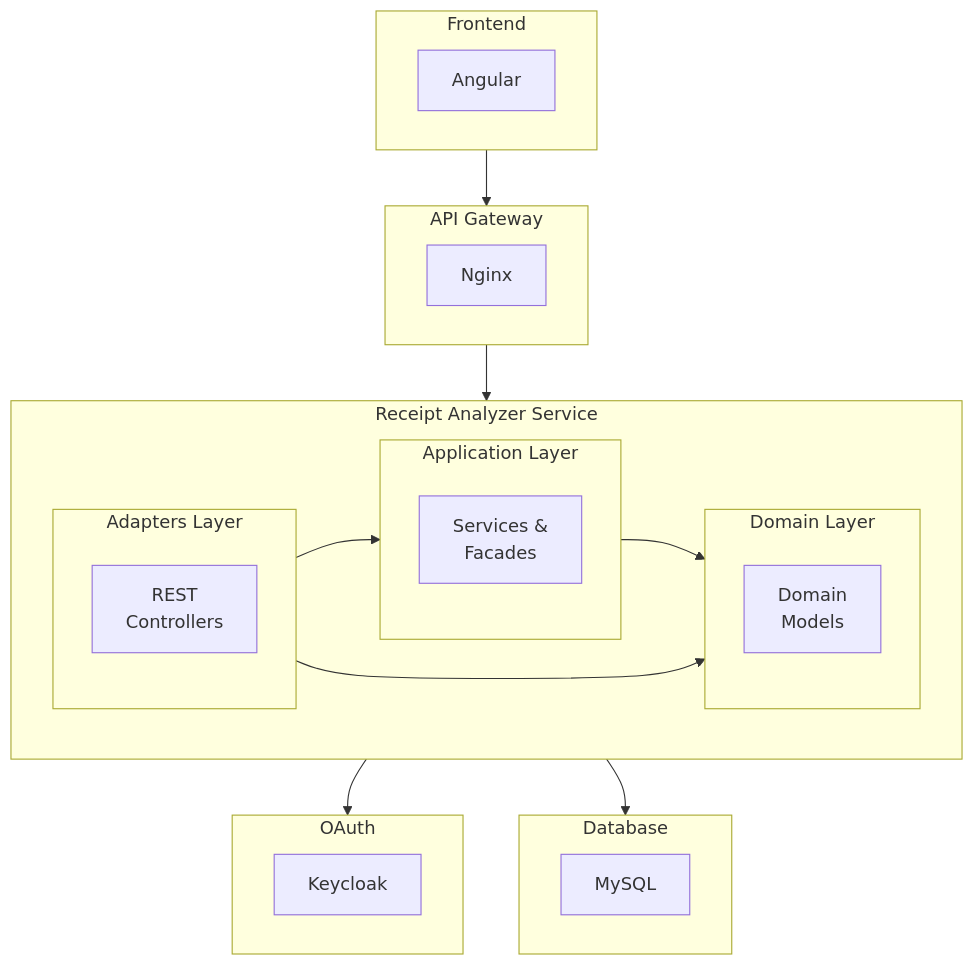
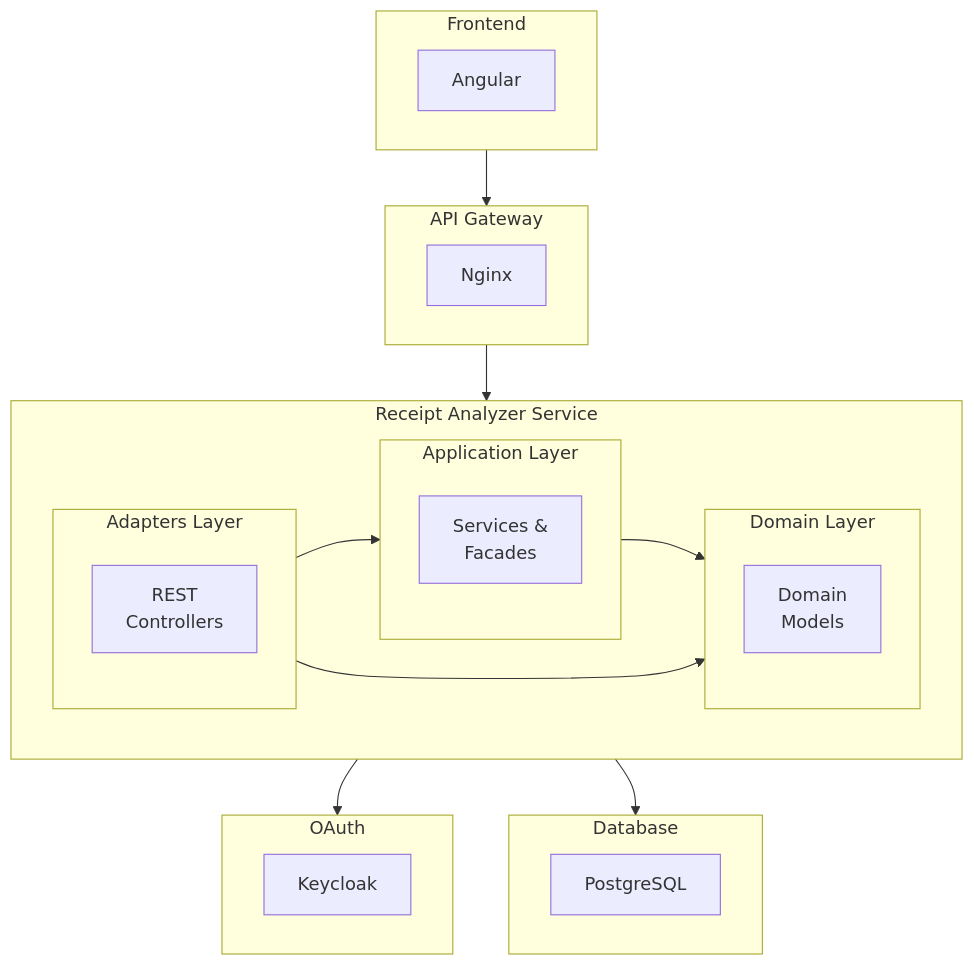
Before and after one commit to dmadzierski/receipt-analyzer: the diagram in README.MD, drawn with Mermaid. The commit also changed other lines of this file and 13 other files, not shown here.

````diff
--- a/README.MD
+++ b/README.MD
@@ -33,39 +33,39 @@
 ```mermaid
 ---
 config:
   layout: dagre
 ---
 flowchart TB
  subgraph Frontend["Frontend"]
         A["Angular"]
   end
  subgraph Gateway["API Gateway"]
         B["Nginx"]
   end
  subgraph Adapters["Adapters Layer"]
         C["REST<br>Controllers"]
   end
  subgraph Application["Application Layer"]
         D["Services &amp;<br>Facades"]
   end
  subgraph Domain["Domain Layer"]
         E["Domain<br>Models"]
   end
  subgraph Service["Receipt Analyzer Service"]
         Adapters
         Application
         Domain
   end
  subgraph OAuth["OAuth"]
         K["Keycloak"]
   end
  subgraph Database["Database"]
-        L["MySQL"]
+        L["PostgreSQL"]
   end
     Gateway --> Service
     Service --> OAuth & Database
     Frontend --> Gateway
     Adapters --> Application
     Application --> Domain
     Adapters --> Domain
 ```
````
